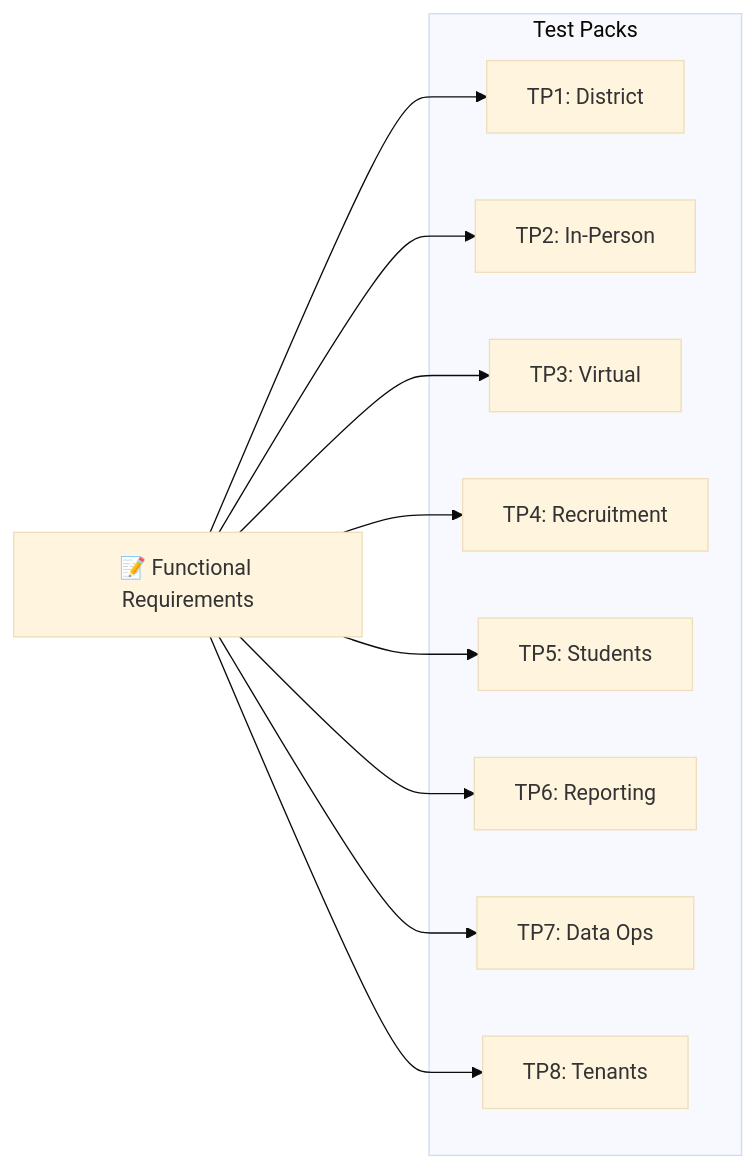
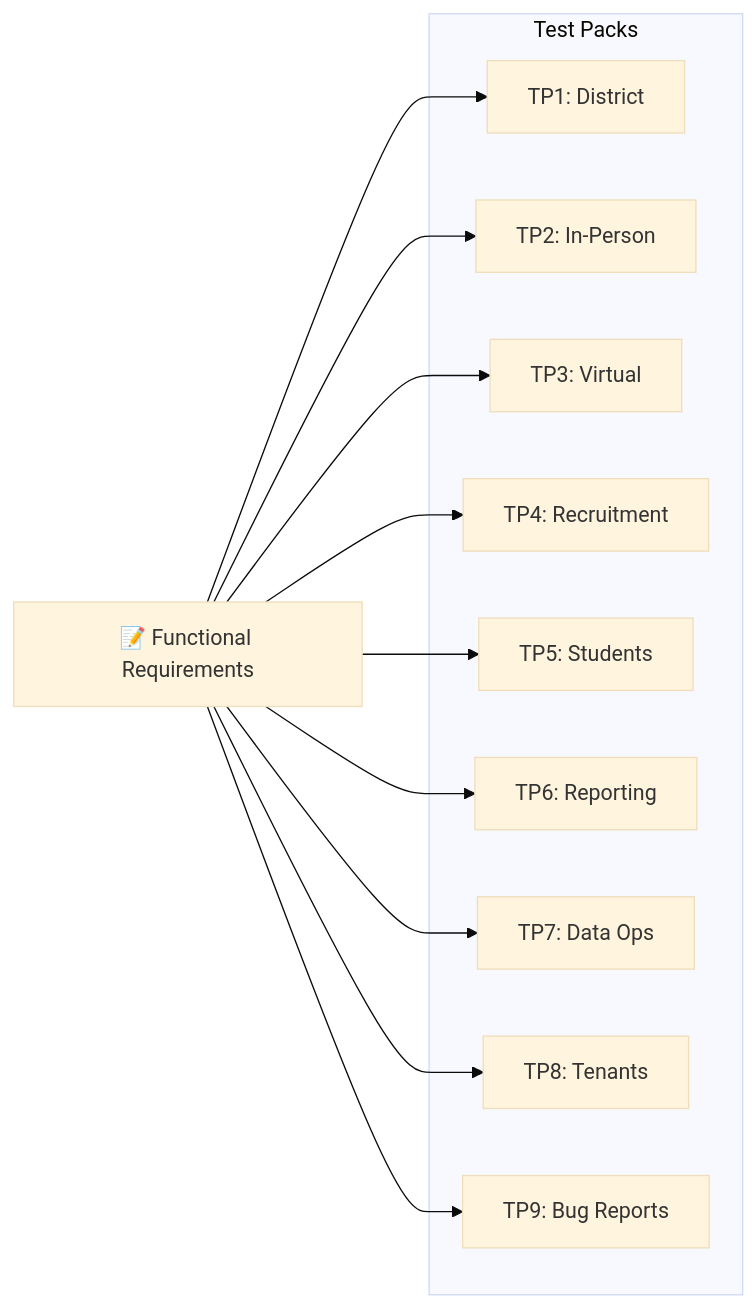
One commit to admiralorbiter/VMS changed the diagram in documentation/content/test_packs/index.md. Above: the diagram before and after it, drawn with Mermaid (base theme). The commit also changed other lines of this file and 7 other files, not shown here.

````diff
--- a/documentation/content/test_packs/index.md
+++ b/documentation/content/test_packs/index.md
@@ -26,15 +27,16 @@
 ```mermaid
 graph LR
     subgraph "Test Packs"
         TP1[TP1: District]
         TP2[TP2: In-Person]
         TP3[TP3: Virtual]
         TP4[TP4: Recruitment]
         TP5[TP5: Students]
         TP6[TP6: Reporting]
         TP7[TP7: Data Ops]
         TP8[TP8: Tenants]
+        TP9[TP9: Bug Reports]
     end
 
-    FR[📝 Functional Requirements] --> TP1 & TP2 & TP3 & TP4 & TP5 & TP6 & TP7 & TP8
+    FR[📝 Functional Requirements] --> TP1 & TP2 & TP3 & TP4 & TP5 & TP6 & TP7 & TP8 & TP9
 ```
````
